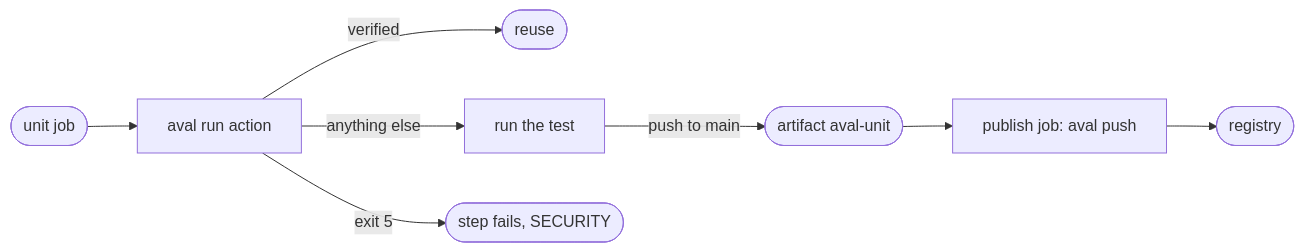
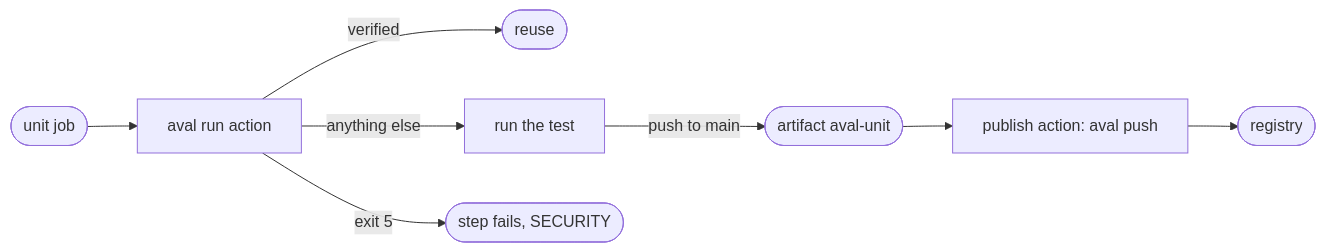
Before and after one commit to TrianaLab/aval: the diagram in docs/guides/github-actions.md, drawn with Mermaid. The commit also changed other lines of this file and 11 other files, not shown here.

First line of the commit message:
feat: GitHub composite action integrations/github/publish (#212) (#232)

````diff
--- a/docs/guides/github-actions.md
+++ b/docs/guides/github-actions.md
@@ -6,8 +6,8 @@
 ```mermaid
 flowchart LR
   job([unit job]) --> act[aval run action]
   act -- verified --> skip([reuse]):::ok
   act -- anything else --> test[run the test]
-  test -- "push to main" --> art([artifact aval-unit]) --> pub[publish job: aval push] --> reg([registry]):::muted
+  test -- "push to main" --> art([artifact aval-unit]) --> pub[publish action: aval push] --> reg([registry]):::muted
   act -- "exit 5" --> fail([step fails, SECURITY]):::err
 ```
````
